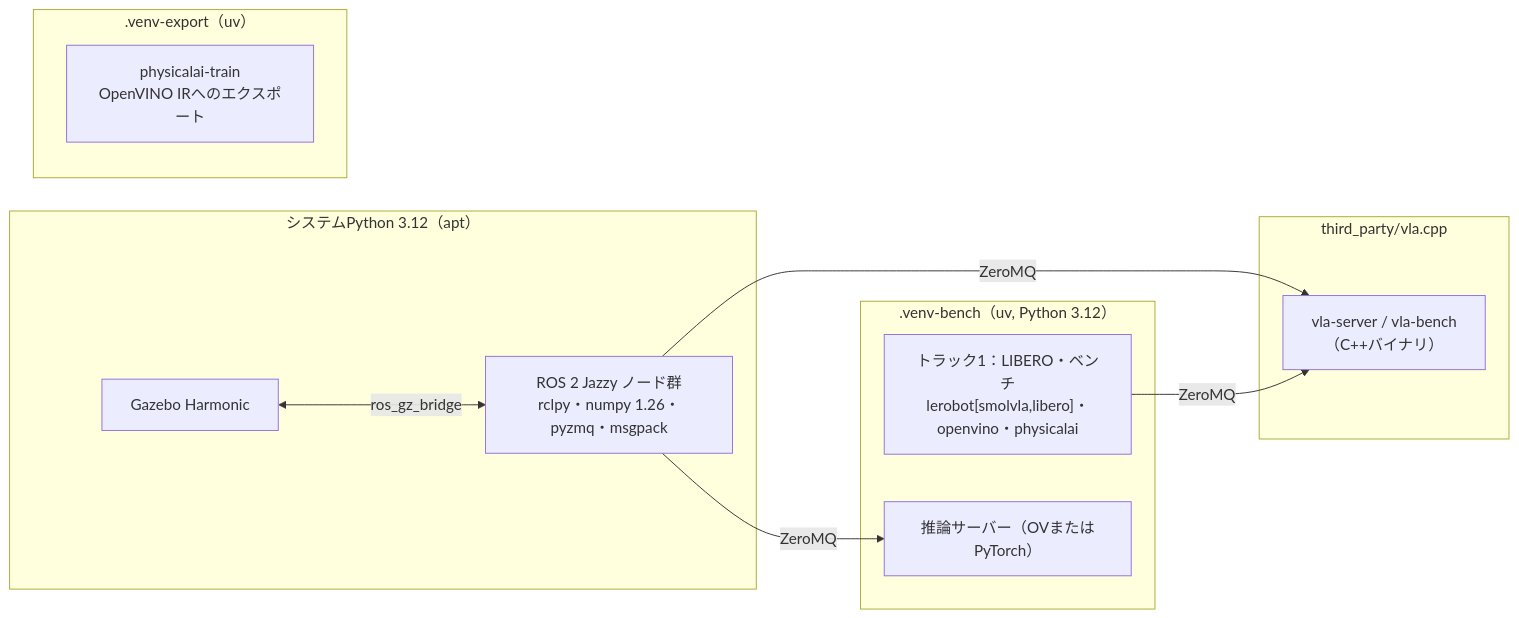
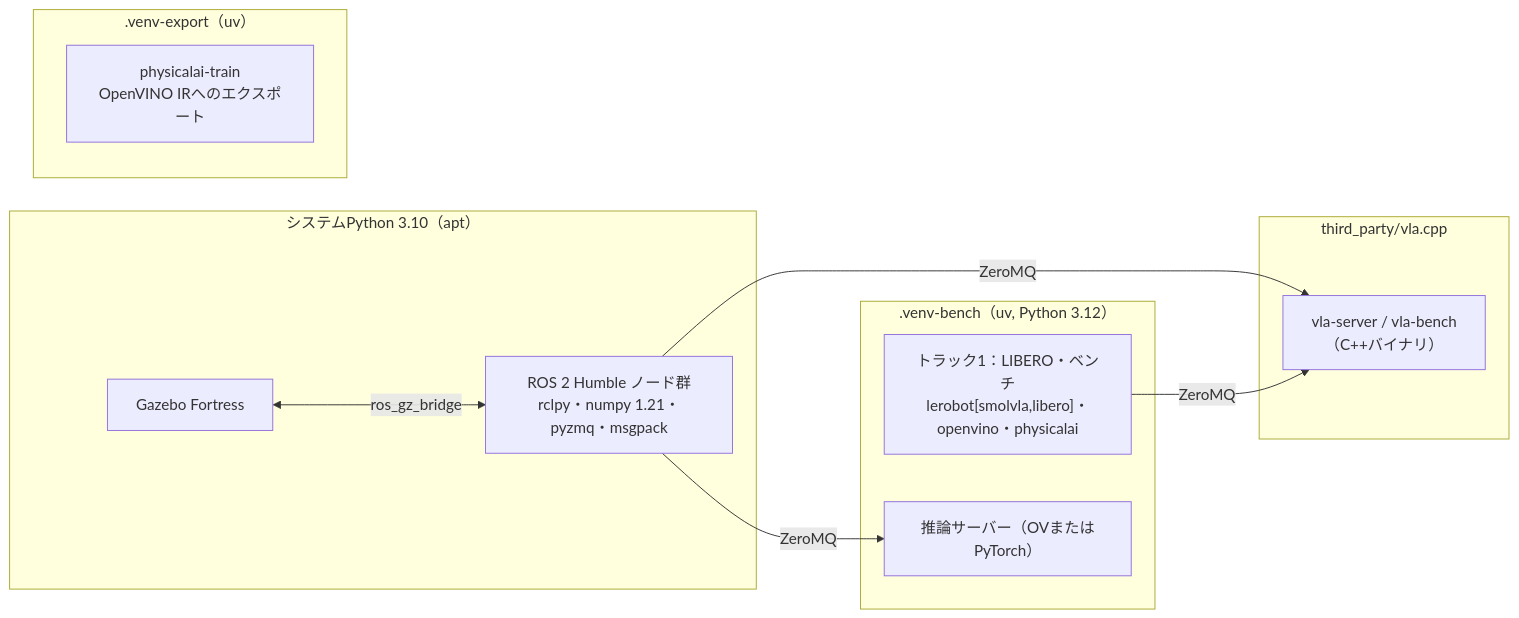
One commit to Ogachi-dev/edge_vla_research changed the diagram in docs/01_repository_design.md. Above: the diagram before and after it, drawn with Mermaid. The commit also changed other lines of this file and 18 other files, not shown here.

First line of the commit message:
docs: 環境の条件を Ubuntu 22.04＋ROS 2 Humble＋Gazebo Fortress に合わせる

````diff
--- a/docs/01_repository_design.md
+++ b/docs/01_repository_design.md
@@ -61,21 +61,21 @@
 ```mermaid
 flowchart LR
-  subgraph SYS["システムPython 3.12（apt）"]
-    ROS["ROS 2 Jazzy ノード群<br/>rclpy・numpy 1.26・pyzmq・msgpack"]
-    GZ["Gazebo Harmonic"]
+  subgraph SYS["システムPython 3.10（apt）"]
+    ROS["ROS 2 Humble ノード群<br/>rclpy・numpy 1.21・pyzmq・msgpack"]
+    GZ["Gazebo Fortress"]
   end
   subgraph V1[".venv-bench（uv, Python 3.12）"]
     BENCH["トラック1：LIBERO・ベンチ<br/>lerobot[smolvla,libero]・openvino・physicalai"]
     SRV["推論サーバー（OVまたはPyTorch）"]
   end
   subgraph V2[".venv-export（uv）"]
     EXP["physicalai-train<br/>OpenVINO IRへのエクスポート"]
   end
   subgraph V3["third_party/vla.cpp"]
     VLA["vla-server / vla-bench<br/>（C++バイナリ）"]
   end
   ROS -- ZeroMQ --> SRV
   ROS -- ZeroMQ --> VLA
   BENCH -- ZeroMQ --> VLA
   GZ <-- ros_gz_bridge --> ROS
 ```
````
